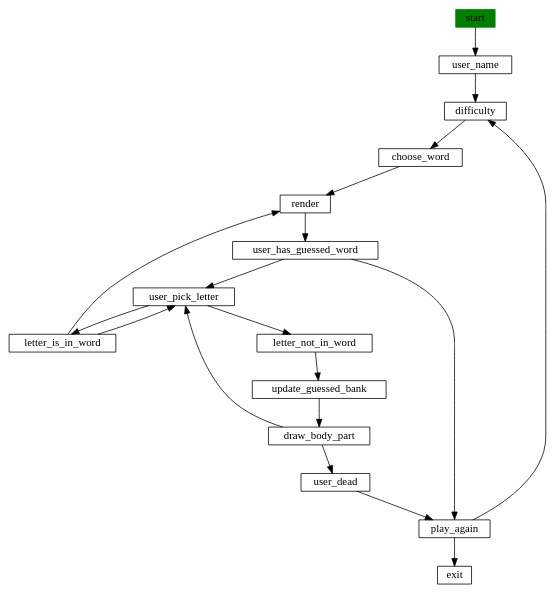
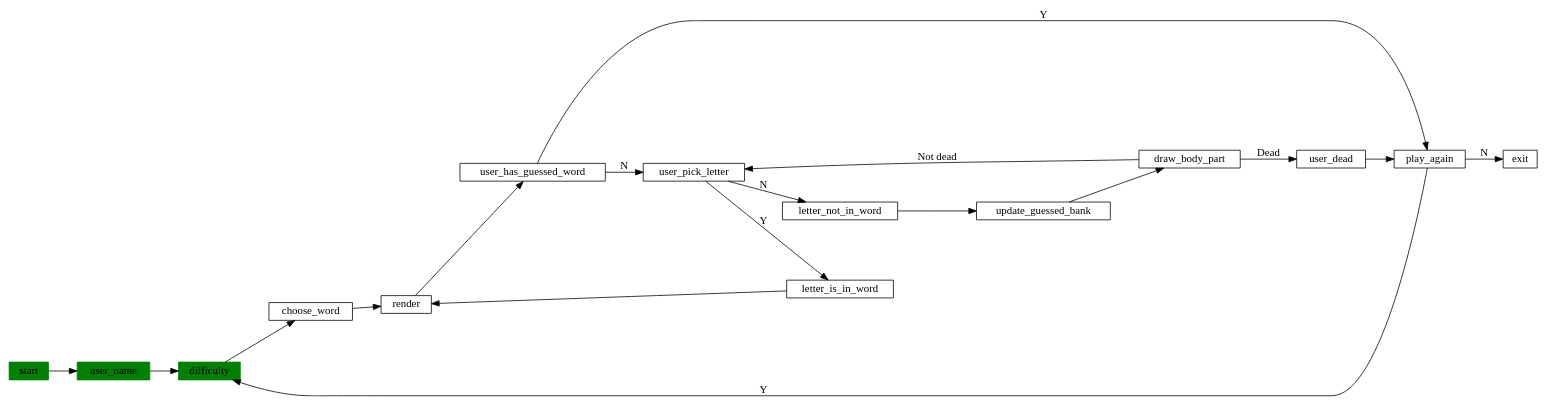
The diagram in game_flow.iuml (tml/python-hangman-2017-summer), drawn with PlantUML before and after one commit.

Commit message:
Updated UML to show current state

```diff
--- a/game_flow.iuml
+++ b/game_flow.iuml
@@ -1,33 +1,34 @@
 @startuml
 digraph G {
     nodesep=.8;
-    #rankdir=LR;
+    rankdir=LR;
     node [shape=record,width=.1,height=.1];
     start [style=filled,color=green];
+    user_name [style=filled,color=green];
+    difficulty [style=filled,color=green];
     start -> user_name ;
     user_name -> difficulty;
     difficulty -> choose_word;
     choose_word -> render;
     user_pick_letter;
-    user_pick_letter -> letter_is_in_word;
-    user_pick_letter -> letter_not_in_word;
+    user_pick_letter -> letter_is_in_word [label="Y"];
+    user_pick_letter -> letter_not_in_word [label="N"];
 
     letter_is_in_word -> render;
     render -> user_has_guessed_word;
-    letter_is_in_word -> user_pick_letter;
 
     letter_not_in_word -> update_guessed_bank;
     update_guessed_bank -> draw_body_part;
-    draw_body_part  -> user_dead;
-    draw_body_part -> user_pick_letter;
+    draw_body_part  -> user_dead [label="Dead"];
+    draw_body_part -> user_pick_letter [label="Not dead"];
 
     user_dead -> play_again;
 
-    user_has_guessed_word -> play_again;
-    user_has_guessed_word -> user_pick_letter;
+    user_has_guessed_word -> play_again [label="Y"];
+    user_has_guessed_word -> user_pick_letter [label="N"];
 
-    play_again -> exit;
-    play_again -> difficulty;
+    play_again -> exit [label="N"];
+    play_again -> difficulty [label="Y"];
 
 }
 @enduml
```
